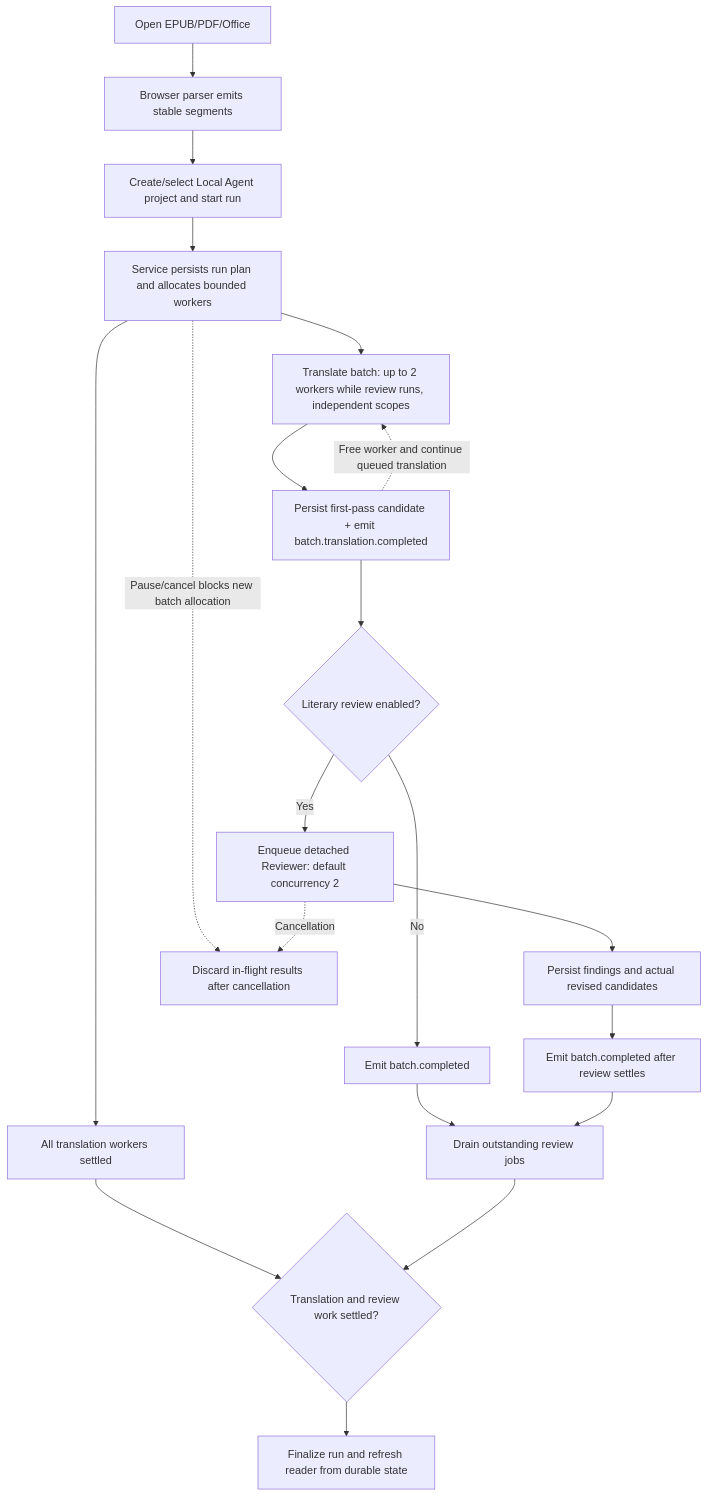
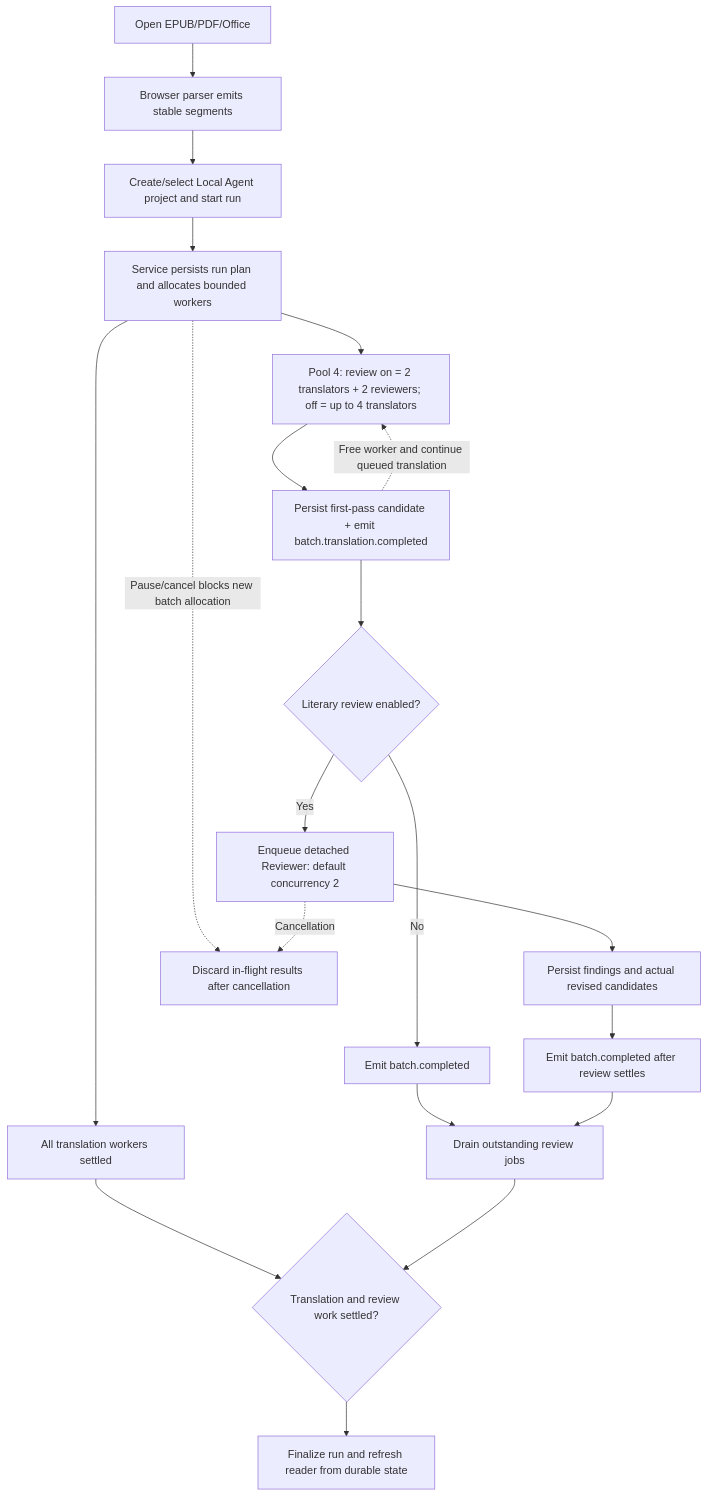
Before and after one commit to saga/fanyi-extension: the fifth of 5 diagrams in README.md, drawn with Mermaid. The commit also changed other lines of this file, not shown here.

Commit message:
docs: correct local document limits and worker flow

````diff
--- a/README.md
+++ b/README.md
@@ -315,22 +315,22 @@
 ```mermaid
 flowchart TD
     A[Open EPUB/PDF/Office] --> B[Browser parser emits stable segments]
     B --> C[Create/select Local Agent project and start run]
     C --> D[Service persists run plan and allocates bounded workers]
-    D --> E[Translate batch: up to 2 workers while review runs, independent scopes]
+    D --> E[Pool 4: review on = 2 translators + 2 reviewers; off = up to 4 translators]
     E --> F[Persist first-pass candidate + emit batch.translation.completed]
     F --> G{Literary review enabled?}
     G -- No --> H[Emit batch.completed]
     G -- Yes --> I[Enqueue detached Reviewer: default concurrency 2]
     I --> J[Persist findings and actual revised candidates]
     J --> K[Emit batch.completed after review settles]
     F -. Free worker and continue queued translation .-> E
     D --> L[All translation workers settled]
     H --> M[Drain outstanding review jobs]
     K --> M
     L --> N{Translation and review work settled?}
     M --> N
     N --> O[Finalize run and refresh reader from durable state]
     D -. Pause/cancel blocks new batch allocation .-> P[Discard in-flight results after cancellation]
     I -. Cancellation .-> P
 ```
````
